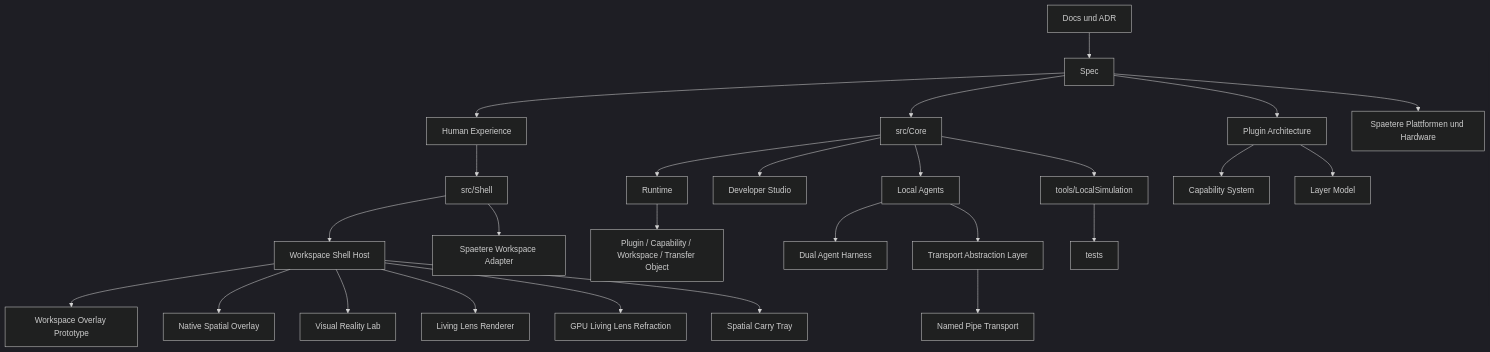
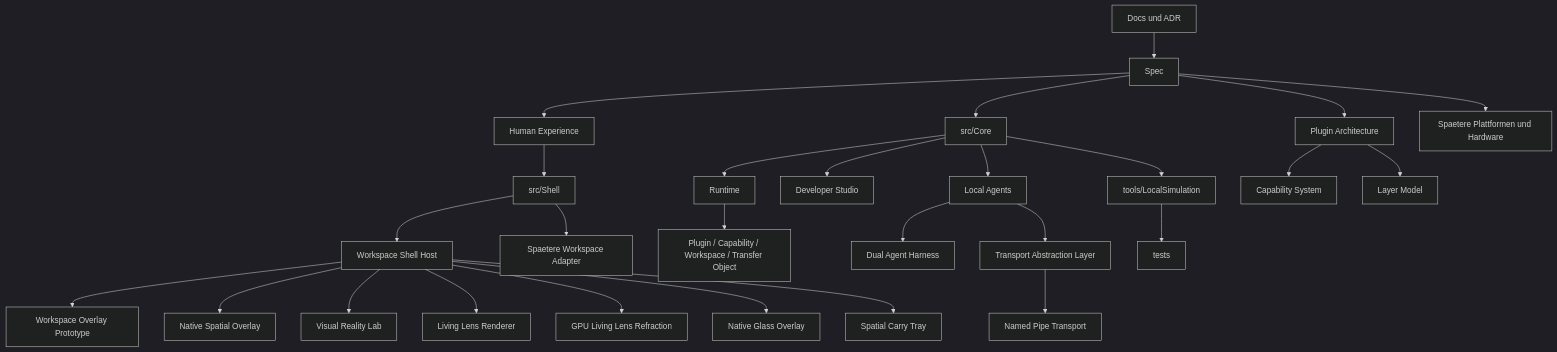
One commit to rk-engineeringAToutlook-de/RKWorkspace changed the diagram in README.md. Above: the diagram before and after it, drawn with Mermaid (dark theme). The commit also changed other lines of this file and 20 other files, not shown here.

Commit message:
feat(shell): add native glass overlay foundation

````diff
--- a/README.md
+++ b/README.md
@@ -117,28 +118,29 @@
 ```mermaid
 flowchart TB
     Docs["Docs und ADR"] --> Spec["Spec"]
     Spec --> HX["Human Experience"]
     HX --> Shell["src/Shell"]
     Shell --> ShellHost["Workspace Shell Host"]
     ShellHost --> Overlay["Workspace Overlay Prototype"]
     ShellHost --> NativeOverlay["Native Spatial Overlay"]
     ShellHost --> VisualReality["Visual Reality Lab"]
     ShellHost --> LivingLens["Living Lens Renderer"]
     ShellHost --> GpuLens["GPU Living Lens Refraction"]
+    ShellHost --> NativeGlass["Native Glass Overlay"]
     ShellHost --> SpatialTray["Spatial Carry Tray"]
     Spec --> Core["src/Core"]
     Shell --> Adapters["Spaetere Workspace Adapter"]
     Core --> Runtime["Runtime"]
     Runtime --> Managers["Plugin / Capability / Workspace / Transfer Object"]
     Spec --> Plugins["Plugin Architecture"]
     Plugins --> Capabilities["Capability System"]
     Plugins --> Layers["Layer Model"]
     Core --> Studio["Developer Studio"]
     Core --> Agents["Local Agents"]
     Agents --> Harness["Dual Agent Harness"]
     Agents --> Transport["Transport Abstraction Layer"]
     Transport --> Ipc["Named Pipe Transport"]
     Core --> Simulation["tools/LocalSimulation"]
     Simulation --> Tests["tests"]
     Spec --> Future["Spaetere Plattformen und Hardware"]
 ```
````
